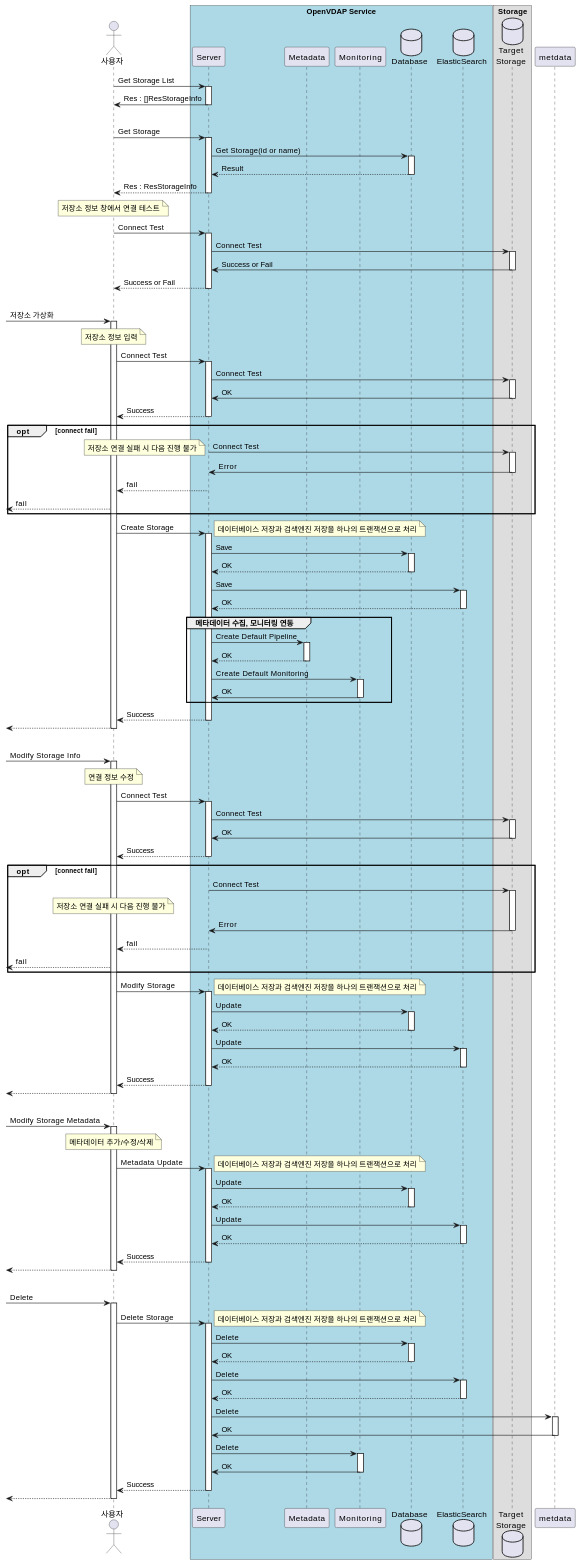
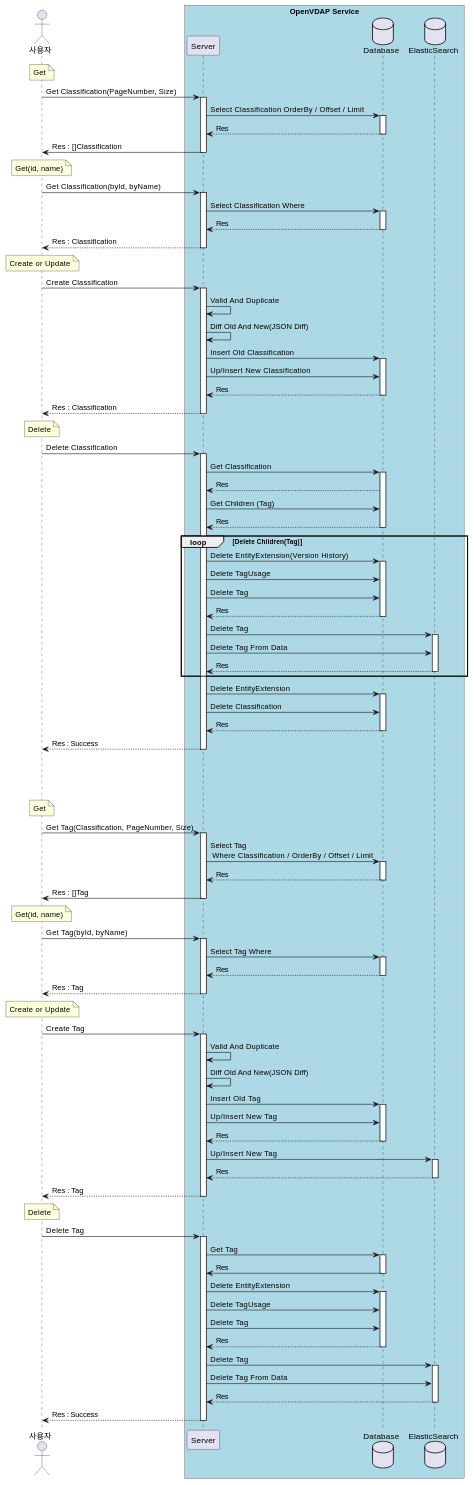
One commit to DataFabricTech/DataFabricPlatform changed the fourth of 5 diagrams in docs/arch/metadata_server/classification-tag.md. Above: the diagram before and after it, drawn with PlantUML. The commit also changed other lines of this file and 2 other files, not shown here.

First line of the commit message:
저장소 가상화 설계 문서 업데이트

````diff
--- a/docs/arch/metadata_server/classification-tag.md
+++ b/docs/arch/metadata_server/classification-tag.md
@@ -205,123 +177,100 @@
 Actor 사용자 as user
 box "OpenVDAP Service" #Lightblue
 participant Server as server
-participant Metadata as metadata
-participant Monitoring as monitoring
 database Database as database
 database ElasticSearch as search
 end box
-box "Storage"
-database "Target\nStorage" as storage
-end box
 
-' 저장소 리스트 조회
-user -> server ++ : Get Storage List
-user <- server -- : Res : []ResStorageInfo
-|||
+' Classifications 
+' Get List(Page)
+note over user : Get
+user -> server ++ : Get Classification(PageNumber, Size)
+server -> database ++ : Select Classification OrderBy / Offset / Limit
+server <-- database --: Res
+user <- server -- : Res : []Classification
 
-' 저장소 정보 조회
-user -> server ++ : Get Storage
-server -> database ++ : Get Storage(id or name)
-server <-- database --: Result
-user <-- server --: Res : ResStorageInfo
-' 저장소 연결 테스트
-note over user : 저장소 정보 창에서 연결 테스트
-user -> server ++ : Connect Test
-server -> storage ++ : Connect Test
-server <- storage --: Success or Fail
-user <-- server --: Success or Fail
-' 저장소 정보에 메타데이터 수집 파이프라인 정보와 모니터링 정보 포함 필요
-|||
+' Get ById, ByName
+note over user : Get(id, name)
+user -> server ++ : Get Classification(byId, byName)
+server -> database ++ : Select Classification Where 
+server <-- database --: Res
+user <-- server --: Res : Classification
 
-' 저장소 추가
--> user ++: 저장소 가상화
-note over user : 저장소 정보 입력
-' 저장소 연결 테스트
-user -> server ++ : Connect Test
-server -> storage ++ : Connect Test
-server <- storage --: OK
-user <-- server --: Success
-opt connect fail
-server -> storage ++ : Connect Test
-note left : 저장소 연결 실패 시 다음 진행 불가
-server <- storage --: Error
-user <-- server : fail
-<-- user : fail
+' Create or Update
+note over user : Create or Update
+user -> server ++ : Create Classification
+server -> server : Valid And Duplicate
+server -> server : Diff Old And New(JSON Diff)
+server -> database ++ : Insert Old Classification
+server -> database : Up/Insert New Classification
+server <-- database --: Res
+user <-- server --: Res : Classification
+
+' Delete
+note over user : Delete
+user -> server ++ : Delete Classification
+server -> database ++ : Get Classification
+server <-- database : Res
+server -> database : Get Children (Tag)
+server <-- database -- : Res
+loop Delete Children(Tag)
+server -> database ++: Delete EntityExtension(Version History)
+server -> database : Delete TagUsage
+server -> database : Delete Tag
+server <-- database --: Res
+server -> search ++ : Delete Tag
+server -> search : Delete Tag From Data
+server <-- search -- : Res
 end
-user -> server ++: Create Storage
-note right
-데이터베이스 저장과 검색엔진 저장을 하나의 트랜잭션으로 처리
-end note
-server -> database ++: Save
-server <-- database --: OK
-server -> search ++: Save
-server <-- search --: OK
-group 메타데이터 수집, 모니터링 연동
-server -> metadata ++: Create Default Pipeline
-server <-- metadata --: OK
-server -> monitoring ++: Create Default Monitoring
-server <- monitoring --: OK
-end
-user <-- server --: Success
-<-- user -- :
-|||
+server -> database ++ : Delete EntityExtension
+server -> database : Delete Classification
+server <-- database --: Res
+user <-- server --: Res : Success
 
-' 저장소 연결정보 수정
--> user ++: Modify Storage Info
-note over user : 연결 정보 수정
-user -> server ++ : Connect Test
-server -> storage ++ : Connect Test
-server <- storage --: OK
-user <-- server --: Success
-opt connect fail
-server -> storage ++ : Connect Test
-note over user : 저장소 연결 실패 시 다음 진행 불가
-server <- storage --: Error
-user <-- server : fail
-<-- user : fail
-end
-user -> server ++: Modify Storage
-note right
-데이터베이스 저장과 검색엔진 저장을 하나의 트랜잭션으로 처리
-end note
-server -> database ++: Update
-server <-- database --: OK
-server -> search ++: Update
-server <-- search --: OK
-user <-- server --: Success
-<-- user --:
-|||
+||| 
+||| 
+||| 
 
-' 저장소 메타데이터 수정
--> user ++: Modify Storage Metadata
-note over user : 메타데이터 추가/수정/삭제
-user -> server ++: Metadata Update
-note right
-데이터베이스 저장과 검색엔진 저장을 하나의 트랜잭션으로 처리
-end note
-server -> database ++: Update
-server <-- database --: OK
-server -> search ++: Update
-server <-- search --: OK
-user <-- server --: Success
-<-- user --:
-|||
+' Tag
+' Get List(Page)
+note over user : Get
+user -> server ++ : Get Tag(Classification, PageNumber, Size)
+server -> database ++ : Select Tag \n Where Classification / OrderBy / Offset / Limit
+server <-- database --: Res
+user <- server -- : Res : []Tag
 
-' 저장소 삭제
--> user ++: Delete
-user -> server ++: Delete Storage
-note right
-데이터베이스 저장과 검색엔진 저장을 하나의 트랜잭션으로 처리
-end note
-server -> database ++: Delete
-server <-- database --: OK
-server -> search ++: Delete
-server <-- search --: OK
-server -> metdata ++ : Delete
-server <- metdata -- : OK
-server -> monitoring ++ : Delete
-server <- monitoring -- : OK
-user <-- server --: Success
-<-- user -- :
+' Get ById, ByName
+note over user : Get(id, name)
+user -> server ++ : Get Tag(byId, byName)
+server -> database ++ : Select Tag Where 
+server <-- database --: Res
+user <-- server --: Res : Tag
+
+' Create or Update
+note over user : Create or Update
+user -> server ++ : Create Tag
+server -> server : Valid And Duplicate
+server -> server : Diff Old And New(JSON Diff)
+server -> database ++ : Insert Old Tag
+server -> database : Up/Insert New Tag
+server <-- database --: Res
+server -> search ++ : Up/Insert New Tag
+server <-- search -- : Res
+user <-- server --: Res : Tag
+
+' Delete
+note over user : Delete
+user -> server ++ : Delete Tag
+server -> database ++ : Get Tag
+server <- database -- : Res
+server -> database ++ : Delete EntityExtension
+server -> database : Delete TagUsage
+server -> database : Delete Tag
+server <-- database --: Res
+server -> search ++ : Delete Tag
+server -> search : Delete Tag From Data
+server <-- search -- : Res
+user <-- server --: Res : Success
+
 @enduml
 ```
````
